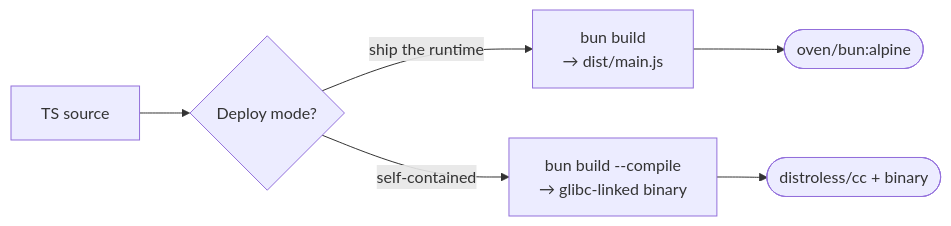
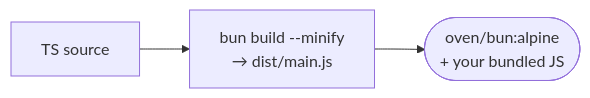
One commit to koniz-dev/docker-cookbook changed the diagram in bun/README.md. Above: the diagram before and after it, drawn with Mermaid. The commit also changed other lines of this file and 16 other files, not shown here.

Commit message:
chore: Update benchmark results, Dockerfiles, and GitHub Actions workflows to enhance healthcheck implementations, optimize image sizes, and remove unused distroless variants for Bun. Adjust documentation to reflect changes in performance metrics and best practices.

````diff
--- a/bun/README.md
+++ b/bun/README.md
@@ -14,8 +15,5 @@
 ```mermaid
 flowchart LR
-    SRC[TS source] --> A{Deploy mode?}
-    A -- "ship the runtime" --> B[bun build<br/>→ dist/main.js]
-    A -- "self-contained" --> C[bun build --compile<br/>→ glibc-linked binary]
-    B --> D([oven/bun:alpine])
-    C --> E([distroless/cc + binary])
+    SRC[TS source] --> B[bun build --minify<br/>→ dist/main.js]
+    B --> D([oven/bun:alpine<br/>+ your bundled JS])
 ```
````
